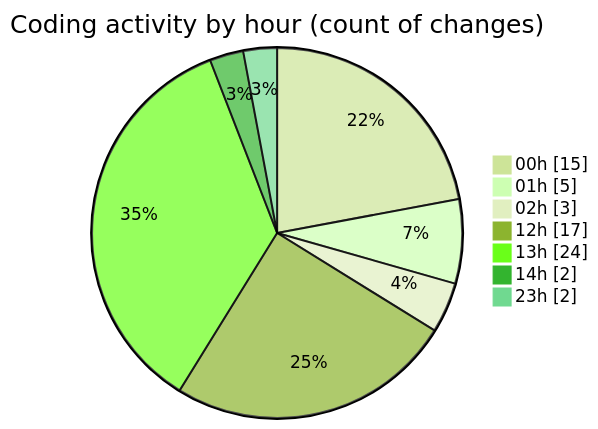
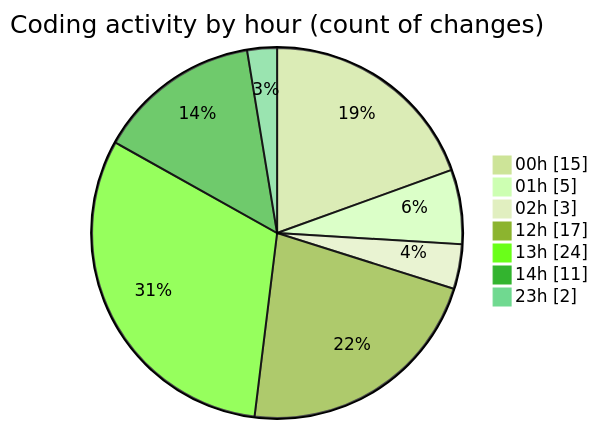
Before and after one commit to lephambinh05/code-tracking: the second of 2 diagrams in 2025-08-13/rentotp/README.md, drawn with Mermaid (forest theme). The commit also changed other lines of this file and 1 other file, not shown here.

````diff
--- a/2025-08-13/rentotp/README.md
+++ b/2025-08-13/rentotp/README.md
@@ -45,11 +45,11 @@
 ```mermaid
 pie showData
 title Coding activity by hour (count of changes)
 "00h" : 15
 "01h" : 5
 "02h" : 3
 "12h" : 17
 "13h" : 24
-"14h" : 2
+"14h" : 11
 "23h" : 2
 ```
````
